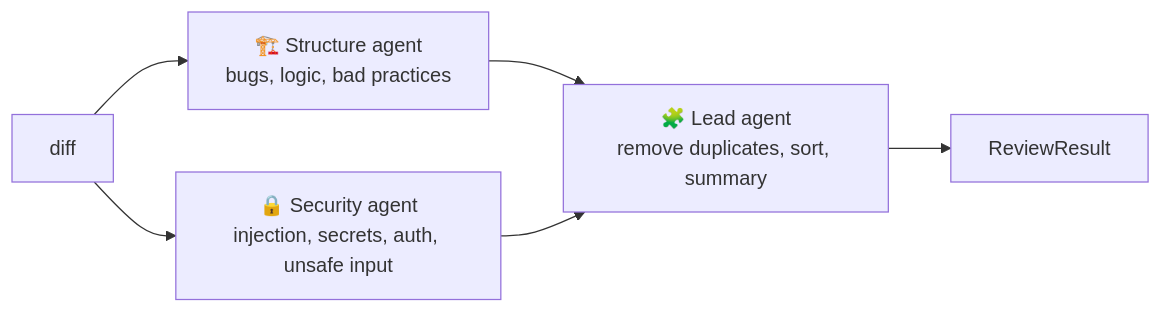
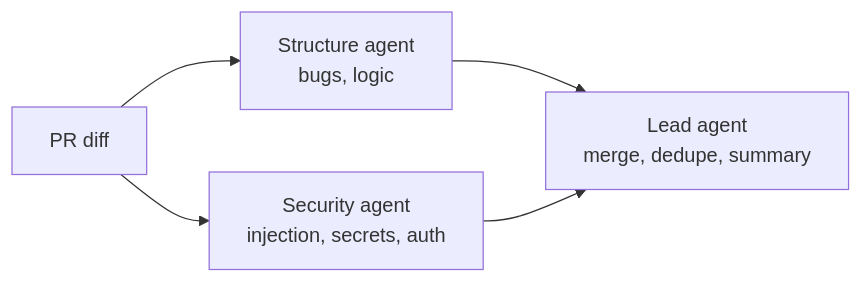
The second of 2 diagrams in README.md (dolishaa29/RepoSage), drawn with Mermaid before and after one commit. The commit also changed other lines of this file and 21 other files, not shown here.

````diff
--- a/README.md
+++ b/README.md
@@ -58,8 +39,7 @@
 ```mermaid
 flowchart LR
-    D[diff] --> A["🏗️ Structure agent<br/>bugs, logic, bad practices"]
-    D --> B["🔒 Security agent<br/>injection, secrets, auth, unsafe input"]
-    A --> L["🧩 Lead agent<br/>remove duplicates, sort, summary"]
+    D[PR diff] --> A[Structure agent<br/>bugs, logic]
+    D --> B[Security agent<br/>injection, secrets, auth]
+    A --> L[Lead agent<br/>merge, dedupe, summary]
     B --> L
-    L --> R[ReviewResult]
 ```
````
